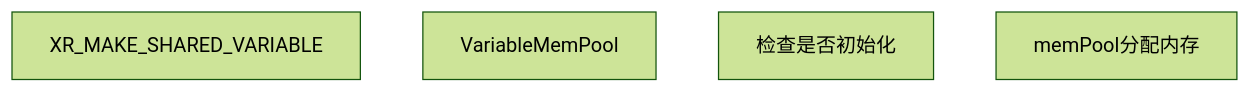
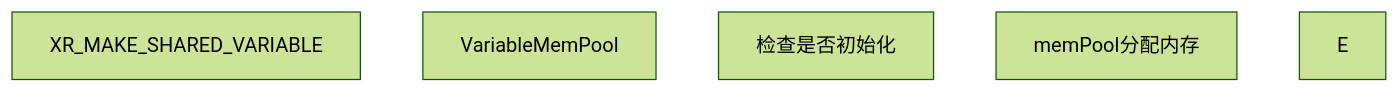
Before and after one commit to huzixuan1/iodraw-files: the diagram in all/未命名-5.md, drawn with Mermaid (forest theme).

Commit message:
2025-05-21 16:49:41 update

````diff
--- a/all/未命名-5.md
+++ b/all/未命名-5.md
@@ -1,8 +1,8 @@
 ```mermaid
 graph TD
     A[XR_MAKE_SHARED_VARIABLE]
     B[VariableMemPool]
     C[检查是否初始化]
     D[memPool分配内存]
-    
+    E
 ```
````
